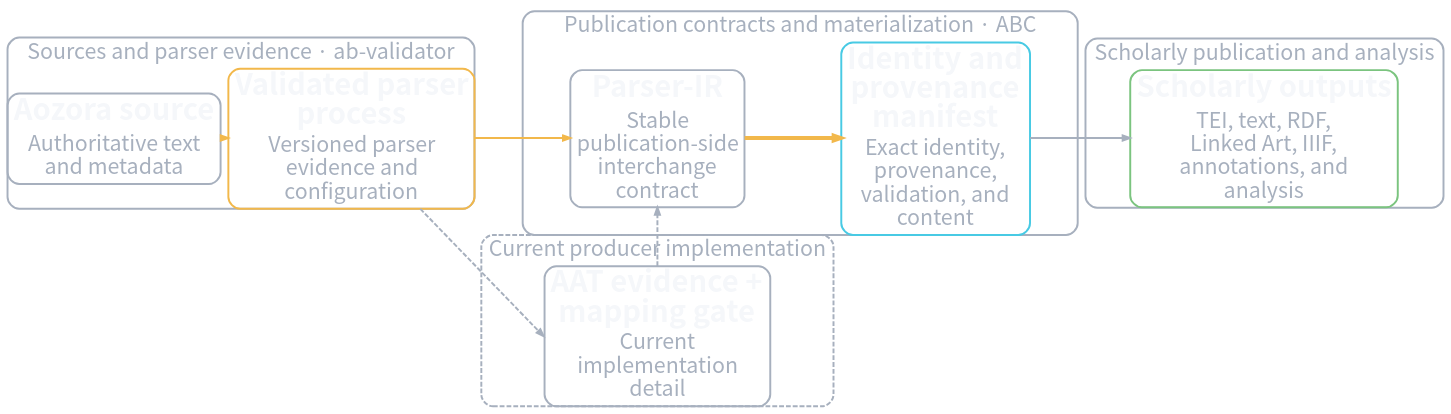
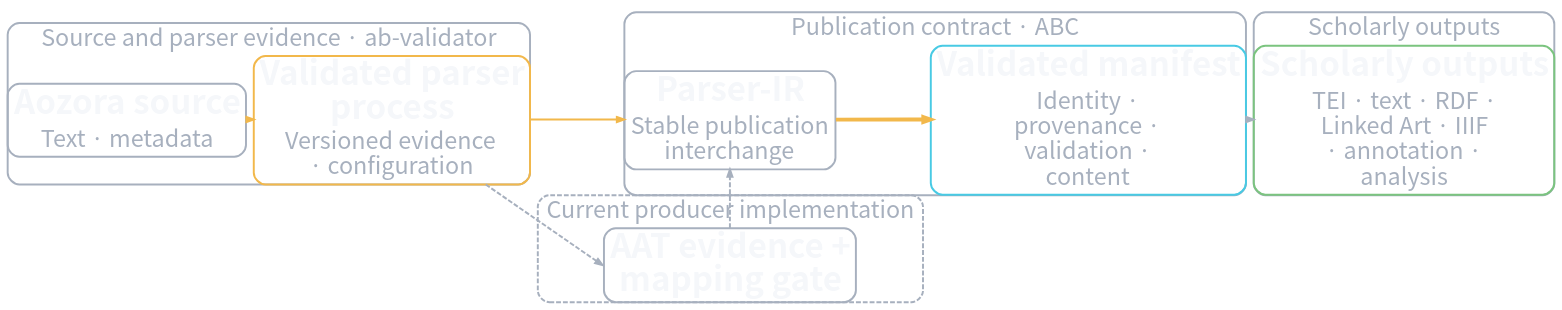
One commit to borh/abc changed the diagram in abc/docs/figures/soranoha-publication-pipeline.dot. Above: the diagram before and after it, drawn with Graphviz. The commit also changed 6 other files, not shown here.

Commit message:
fix(diagram): finalize presentation editorial revision

```diff
--- a/abc/docs/figures/soranoha-publication-pipeline.dot
+++ b/abc/docs/figures/soranoha-publication-pipeline.dot
@@ -1,62 +1,62 @@
 // GENERATED by clojure -M:abc/presentation-diagrams — do not edit
 digraph "publication" {
   graph [bgcolor="transparent",fontcolor="#F5F7FA",fontname="Noto Sans CJK JP",margin="0",nodesep="0.02",pad="0.05",rankdir="LR",ranksep="0.10",splines="polyline"];
   node [fontname="Noto Sans CJK JP",margin="0.04,0.02"];
   edge [arrowsize="0.75"];
   subgraph "cluster_abc" {
-    label="Publication contracts and materialization · ABC";
+    label="Publication contract · ABC";
     color="#A7B0BE";
     penwidth="2";
     fontname="Noto Sans CJK JP";
     fontcolor="#A7B0BE";
-    fontsize="22";
+    fontsize="24";
     margin="0";
     style="rounded";
-    "manifest" [color="#48CAE4",fontcolor="#F5F7FA",group="primary",label=<<TABLE BORDER="0" CELLBORDER="0" CELLPADDING="1"><TR><TD><FONT POINT-SIZE="30"><B>Identity and<BR/>provenance<BR/>manifest</B></FONT></TD></TR><TR><TD><FONT COLOR="#A7B0BE" POINT-SIZE="22">Exact identity,<BR/>provenance,<BR/>validation, and<BR/>content</FONT></TD></TR></TABLE>>,penwidth="2",shape="rect",style="rounded"];
-    "parser_ir" [color="#A7B0BE",fontcolor="#F5F7FA",group="primary",label=<<TABLE BORDER="0" CELLBORDER="0" CELLPADDING="1"><TR><TD><FONT POINT-SIZE="30"><B>Parser-IR</B></FONT></TD></TR><TR><TD><FONT COLOR="#A7B0BE" POINT-SIZE="22">Stable<BR/>publication-side<BR/>interchange<BR/>contract</FONT></TD></TR></TABLE>>,penwidth="2",shape="rect",style="rounded"];
+    "manifest" [color="#48CAE4",fontcolor="#F5F7FA",group="primary",label=<<TABLE BORDER="0" CELLBORDER="0" CELLPADDING="1"><TR><TD><FONT POINT-SIZE="34"><B>Validated manifest</B></FONT></TD></TR><TR><TD><FONT COLOR="#A7B0BE" POINT-SIZE="24">Identity ·<BR/>provenance ·<BR/>validation ·<BR/>content</FONT></TD></TR></TABLE>>,penwidth="2",shape="rect",style="rounded"];
+    "parser_ir" [color="#A7B0BE",fontcolor="#F5F7FA",group="primary",label=<<TABLE BORDER="0" CELLBORDER="0" CELLPADDING="1"><TR><TD><FONT POINT-SIZE="34"><B>Parser-IR</B></FONT></TD></TR><TR><TD><FONT COLOR="#A7B0BE" POINT-SIZE="24">Stable publication<BR/>interchange</FONT></TD></TR></TABLE>>,penwidth="2",shape="rect",style="rounded"];
   }
   subgraph "cluster_current_inset" {
     label="Current producer implementation";
     color="#A7B0BE";
     penwidth="2";
     fontname="Noto Sans CJK JP";
     fontcolor="#A7B0BE";
-    fontsize="22";
+    fontsize="24";
     margin="0";
     style="rounded,dashed";
-    "aat_detail" [color="#A7B0BE",fontcolor="#F5F7FA",label=<<TABLE BORDER="0" CELLBORDER="0" CELLPADDING="1"><TR><TD><FONT POINT-SIZE="30"><B>AAT evidence +<BR/>mapping gate</B></FONT></TD></TR><TR><TD><FONT COLOR="#A7B0BE" POINT-SIZE="22">Current<BR/>implementation<BR/>detail</FONT></TD></TR></TABLE>>,penwidth="2",shape="rect",style="rounded"];
+    "aat_detail" [color="#A7B0BE",fontcolor="#F5F7FA",label=<<TABLE BORDER="0" CELLBORDER="0" CELLPADDING="1"><TR><TD><FONT POINT-SIZE="34"><B>AAT evidence +<BR/>mapping gate</B></FONT></TD></TR></TABLE>>,penwidth="2",shape="rect",style="rounded"];
   }
   subgraph "cluster_producer" {
-    label="Sources and parser evidence · ab-validator";
+    label="Source and parser evidence · ab-validator";
     color="#A7B0BE";
     penwidth="2";
     fontname="Noto Sans CJK JP";
     fontcolor="#A7B0BE";
-    fontsize="22";
+    fontsize="24";
     margin="0";
     style="rounded";
-    "parser_process" [color="#F2B84B",fontcolor="#F5F7FA",group="primary",label=<<TABLE BORDER="0" CELLBORDER="0" CELLPADDING="1"><TR><TD><FONT POINT-SIZE="30"><B>Validated parser<BR/>process</B></FONT></TD></TR><TR><TD><FONT COLOR="#A7B0BE" POINT-SIZE="22">Versioned parser<BR/>evidence and<BR/>configuration</FONT></TD></TR></TABLE>>,penwidth="2",shape="rect",style="rounded"];
-    "source" [color="#A7B0BE",fontcolor="#F5F7FA",group="primary",label=<<TABLE BORDER="0" CELLBORDER="0" CELLPADDING="1"><TR><TD><FONT POINT-SIZE="30"><B>Aozora source</B></FONT></TD></TR><TR><TD><FONT COLOR="#A7B0BE" POINT-SIZE="22">Authoritative text<BR/>and metadata</FONT></TD></TR></TABLE>>,penwidth="2",shape="rect",style="rounded"];
+    "parser_process" [color="#F2B84B",fontcolor="#F5F7FA",group="primary",label=<<TABLE BORDER="0" CELLBORDER="0" CELLPADDING="1"><TR><TD><FONT POINT-SIZE="34"><B>Validated parser<BR/>process</B></FONT></TD></TR><TR><TD><FONT COLOR="#A7B0BE" POINT-SIZE="24">Versioned evidence<BR/>· configuration</FONT></TD></TR></TABLE>>,penwidth="2",shape="rect",style="rounded"];
+    "source" [color="#A7B0BE",fontcolor="#F5F7FA",group="primary",label=<<TABLE BORDER="0" CELLBORDER="0" CELLPADDING="1"><TR><TD><FONT POINT-SIZE="34"><B>Aozora source</B></FONT></TD></TR><TR><TD><FONT COLOR="#A7B0BE" POINT-SIZE="24">Text · metadata</FONT></TD></TR></TABLE>>,penwidth="2",shape="rect",style="rounded"];
   }
   subgraph "cluster_scholarship" {
-    label="Scholarly publication and analysis";
+    label="Scholarly outputs";
     color="#A7B0BE";
     penwidth="2";
     fontname="Noto Sans CJK JP";
     fontcolor="#A7B0BE";
-    fontsize="22";
+    fontsize="24";
     margin="0";
     style="rounded";
-    "outputs" [color="#7BC47F",fontcolor="#F5F7FA",group="primary",label=<<TABLE BORDER="0" CELLBORDER="0" CELLPADDING="1"><TR><TD><FONT POINT-SIZE="30"><B>Scholarly outputs</B></FONT></TD></TR><TR><TD><FONT COLOR="#A7B0BE" POINT-SIZE="22">TEI, text, RDF,<BR/>Linked Art, IIIF,<BR/>annotations, and<BR/>analysis</FONT></TD></TR></TABLE>>,penwidth="2",shape="rect",style="rounded"];
+    "outputs" [color="#7BC47F",fontcolor="#F5F7FA",group="primary",label=<<TABLE BORDER="0" CELLBORDER="0" CELLPADDING="1"><TR><TD><FONT POINT-SIZE="34"><B>Scholarly outputs</B></FONT></TD></TR><TR><TD><FONT COLOR="#A7B0BE" POINT-SIZE="24">TEI · text · RDF ·<BR/>Linked Art · IIIF<BR/>· annotation ·<BR/>analysis</FONT></TD></TR></TABLE>>,penwidth="2",shape="rect",style="rounded"];
   }
   "source" -> "parser_process" [style="invis",weight="100"];
   "parser_process" -> "parser_ir" [style="invis",weight="100"];
   "parser_ir" -> "manifest" [style="invis",weight="100"];
   "manifest" -> "outputs" [style="invis",weight="100"];
-  "aat_detail" -> "parser_ir" [color="#A7B0BE",fontcolor="#A7B0BE",fontname="Noto Sans CJK JP",fontsize="22",penwidth="2",style="dashed"];
-  "manifest" -> "outputs" [color="#A7B0BE",fontcolor="#A7B0BE",fontname="Noto Sans CJK JP",fontsize="22",penwidth="2",style="solid"];
-  "parser_ir" -> "manifest" [color="#F2B84B",fontcolor="#A7B0BE",fontname="Noto Sans CJK JP",fontsize="22",penwidth="4",style="solid"];
-  "parser_process" -> "aat_detail" [color="#A7B0BE",fontcolor="#A7B0BE",fontname="Noto Sans CJK JP",fontsize="22",headport="w",penwidth="2",style="dashed"];
-  "parser_process" -> "parser_ir" [color="#F2B84B",fontcolor="#A7B0BE",fontname="Noto Sans CJK JP",fontsize="22",penwidth="2",style="solid"];
-  "source" -> "parser_process" [color="#F2B84B",fontcolor="#A7B0BE",fontname="Noto Sans CJK JP",fontsize="22",penwidth="2",style="solid"];
+  "aat_detail" -> "parser_ir" [color="#A7B0BE",fontcolor="#A7B0BE",fontname="Noto Sans CJK JP",fontsize="24",penwidth="2",style="dashed"];
+  "manifest" -> "outputs" [color="#A7B0BE",fontcolor="#A7B0BE",fontname="Noto Sans CJK JP",fontsize="24",penwidth="2",style="solid"];
+  "parser_ir" -> "manifest" [color="#F2B84B",fontcolor="#A7B0BE",fontname="Noto Sans CJK JP",fontsize="24",penwidth="4",style="solid"];
+  "parser_process" -> "aat_detail" [color="#A7B0BE",fontcolor="#A7B0BE",fontname="Noto Sans CJK JP",fontsize="24",headport="w",penwidth="2",style="dashed"];
+  "parser_process" -> "parser_ir" [color="#F2B84B",fontcolor="#A7B0BE",fontname="Noto Sans CJK JP",fontsize="24",penwidth="2",style="solid"];
+  "source" -> "parser_process" [color="#F2B84B",fontcolor="#A7B0BE",fontname="Noto Sans CJK JP",fontsize="24",penwidth="2",style="solid"];
 }
```
